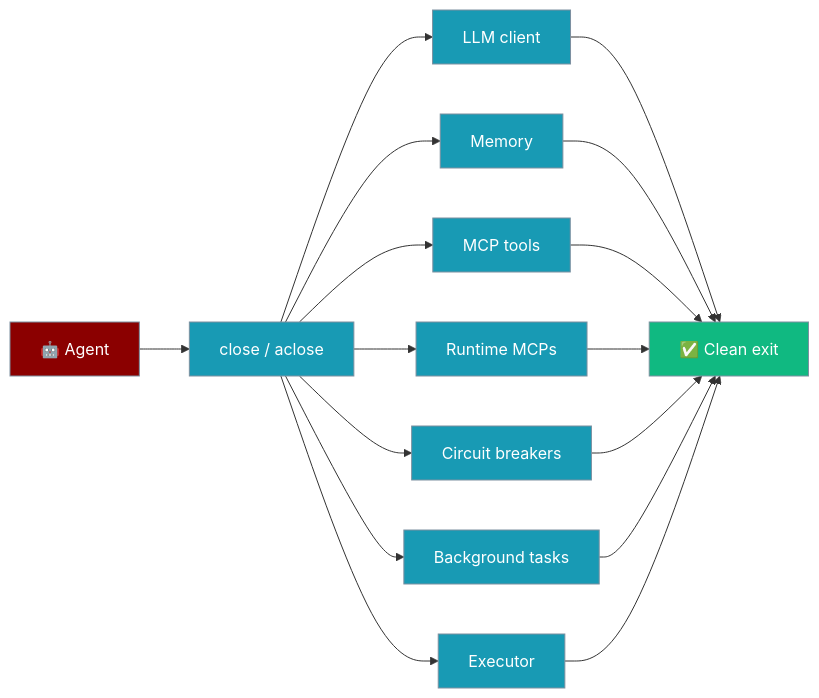
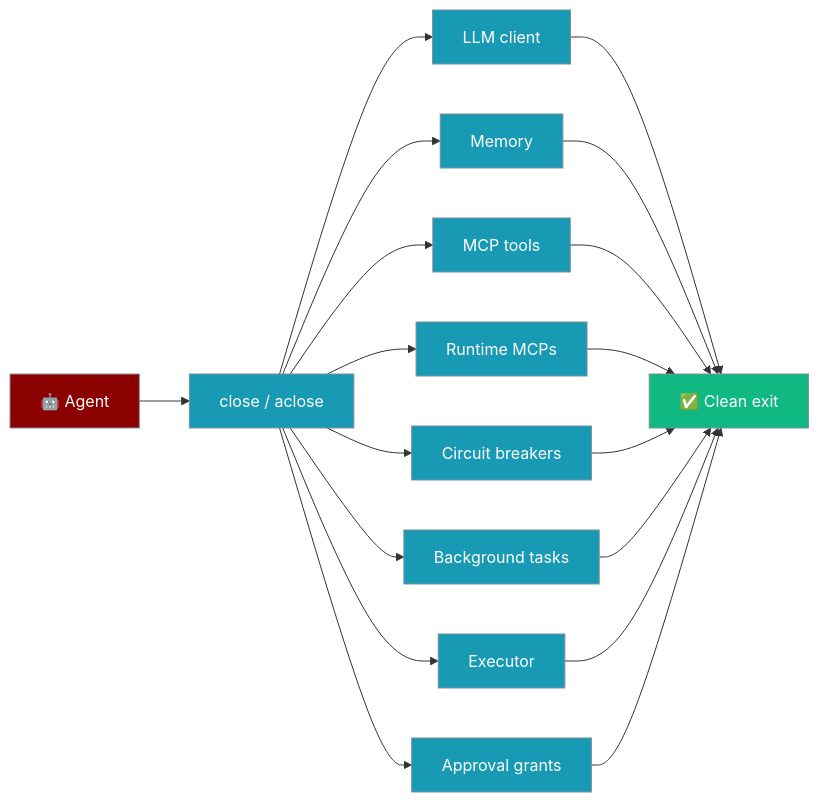
Before and after one commit to MervinPraison/PraisonAIDocs: the first of 2 diagrams in docs/features/agent-lifecycle-cleanup.mdx, drawn with Mermaid. The commit also changed other lines of this file and 7 other files, not shown here.

````diff
--- a/docs/features/agent-lifecycle-cleanup.mdx
+++ b/docs/features/agent-lifecycle-cleanup.mdx
@@ -22,26 +22,28 @@
 ```mermaid
 graph LR
     A[🤖 Agent] --> C[close / aclose]
     C --> L[LLM client]
     C --> M[Memory]
     C --> T[MCP tools]
     C --> R[Runtime MCPs]
     C --> B[Circuit breakers]
     C --> K[Background tasks]
     C --> E[Executor]
+    C --> P[Approval grants]
     L --> X[✅ Clean exit]
     M --> X
     T --> X
     R --> X
     B --> X
     K --> X
     E --> X
+    P --> X
 
     classDef agent fill:#8B0000,stroke:#7C90A0,color:#fff
     classDef process fill:#189AB4,stroke:#7C90A0,color:#fff
     classDef result fill:#10B981,stroke:#7C90A0,color:#fff
 
     class A agent
-    class C,L,M,T,R,B,K,E process
+    class C,L,M,T,R,B,K,E,P process
     class X result
 ```
````
